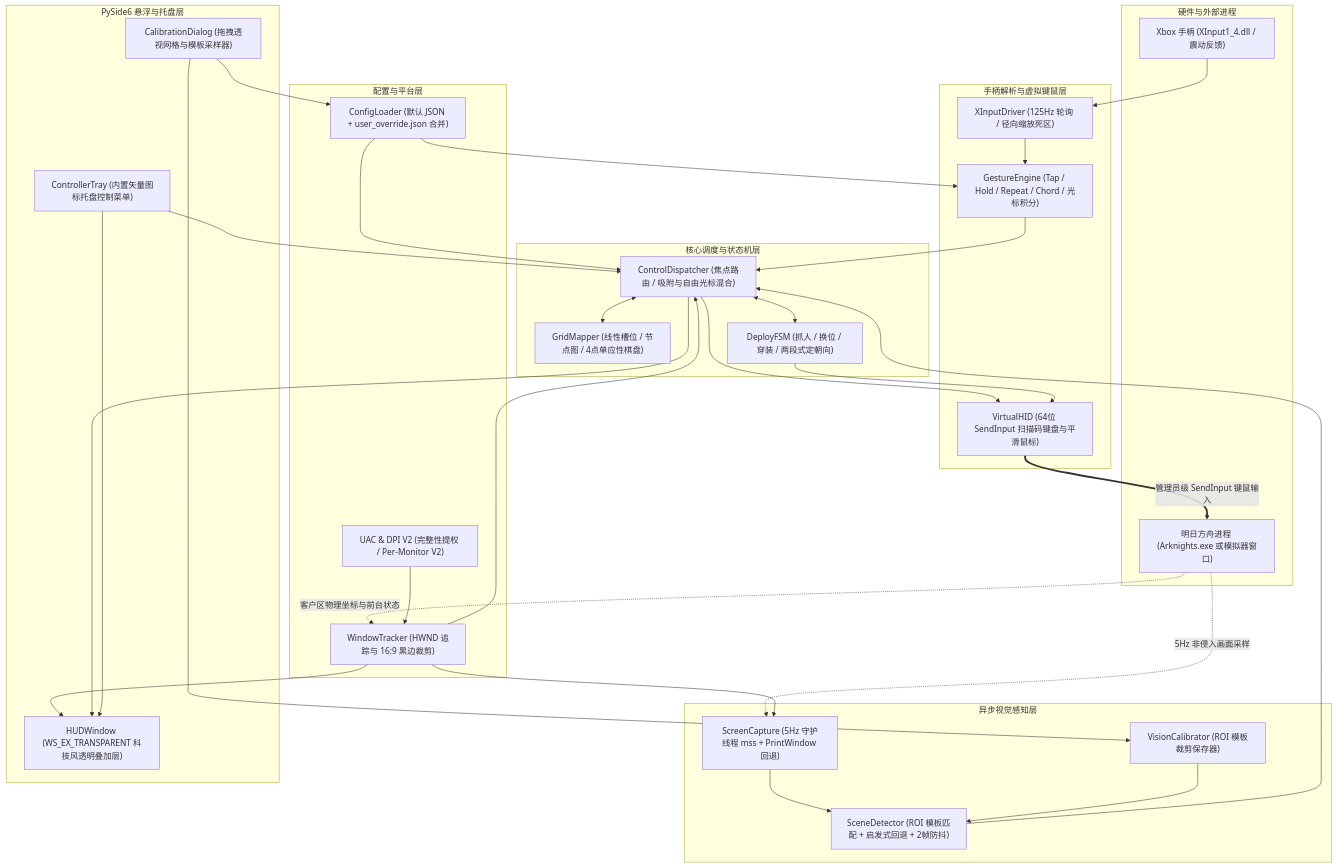
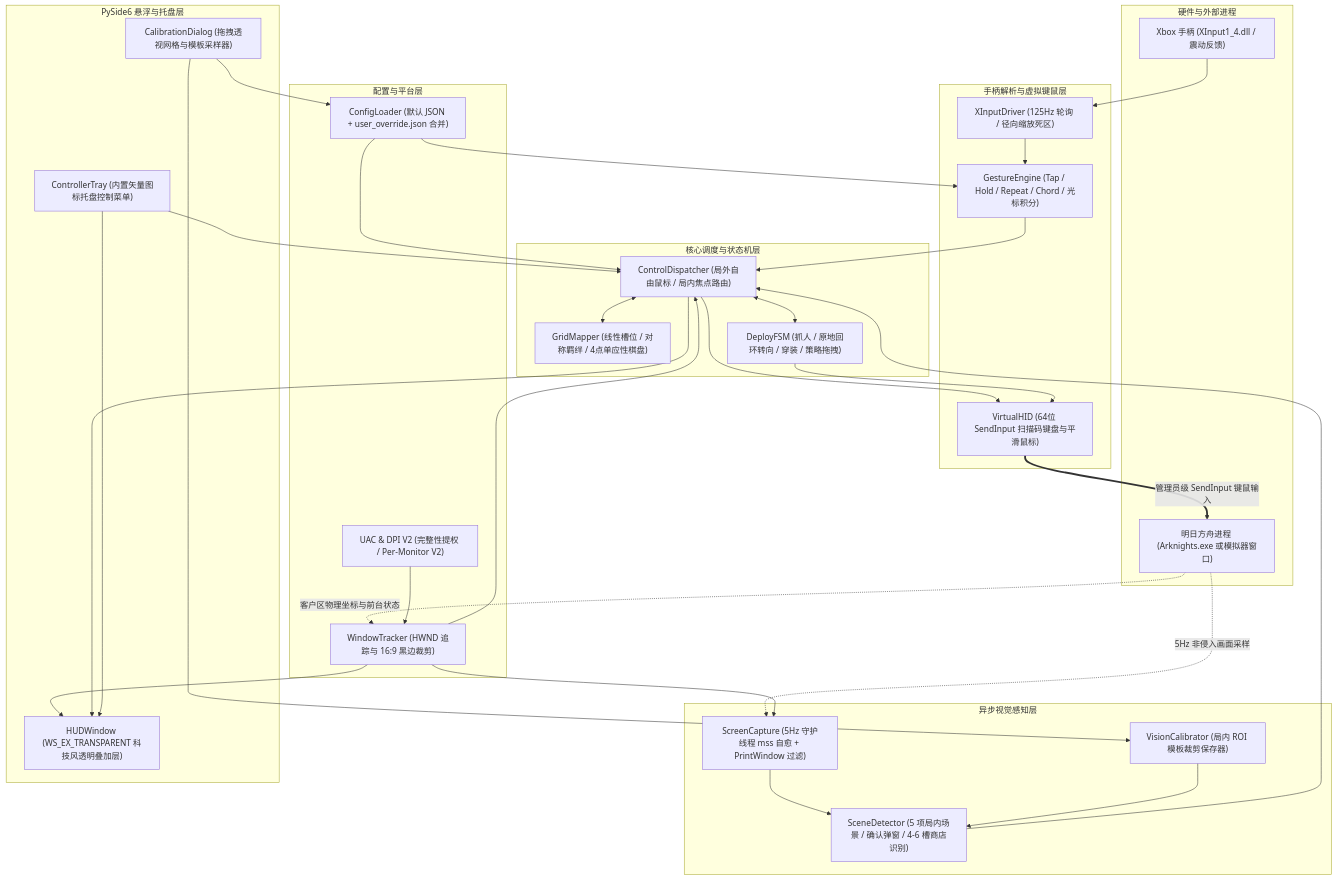
One commit to MUXI-hub/arkcontroller changed the first of 2 diagrams in docs/architecture.md. Above: the diagram before and after it, drawn with Mermaid. The commit also changed other lines of this file and 5 other files, not shown here.

````diff
--- a/docs/architecture.md
+++ b/docs/architecture.md
@@ -11,62 +11,62 @@
 ```mermaid
 flowchart TD
     subgraph Hardware["硬件与外部进程"]
         GP["Xbox 手柄 (XInput1_4.dll / 震动反馈)"]
         GAME["明日方舟进程 (Arknights.exe 或模拟器窗口)"]
     end
 
     subgraph PlatformConfig["配置与平台层"]
         CFG["ConfigLoader (默认 JSON + user_override.json 合并)"]
         UAC["UAC & DPI V2 (完整性提权 / Per-Monitor V2)"]
         WT["WindowTracker (HWND 追踪与 16:9 黑边裁剪)"]
     end
 
     subgraph InputLayer["手柄解析与虚拟键鼠层"]
         XI["XInputDriver (125Hz 轮询 / 径向缩放死区)"]
         GE["GestureEngine (Tap / Hold / Repeat / Chord / 光标积分)"]
         HID["VirtualHID (64位 SendInput 扫描码键盘与平滑鼠标)"]
     end
 
     subgraph VisionLayer["异步视觉感知层"]
-        CAP["ScreenCapture (5Hz 守护线程 mss + PrintWindow 回退)"]
-        SD["SceneDetector (ROI 模板匹配 + 启发式回退 + 2帧防抖)"]
-        CAL["VisionCalibrator (ROI 模板裁剪保存器)"]
+        CAP["ScreenCapture (5Hz 守护线程 mss 自愈 + PrintWindow 过滤)"]
+        SD["SceneDetector (5 项局内场景 / 确认弹窗 / 4-6 槽商店识别)"]
+        CAL["VisionCalibrator (局内 ROI 模板裁剪保存器)"]
     end
 
     subgraph ControlLayer["核心调度与状态机层"]
-        GM["GridMapper (线性槽位 / 节点图 / 4点单应性棋盘)"]
-        DFSM["DeployFSM (抓人 / 换位 / 穿装 / 两段式定朝向)"]
-        DISP["ControlDispatcher (焦点路由 / 吸附与自由光标混合)"]
+        GM["GridMapper (线性槽位 / 对称羁绊 / 4点单应性棋盘)"]
+        DFSM["DeployFSM (抓人 / 原地回环转向 / 穿装 / 策略拖拽)"]
+        DISP["ControlDispatcher (局外自由鼠标 / 局内焦点路由)"]
     end
 
     subgraph OverlayLayer["PySide6 悬浮与托盘层"]
         HUD["HUDWindow (WS_EX_TRANSPARENT 科技风透明叠加层)"]
         CALUI["CalibrationDialog (拖拽透视网格与模板采样器)"]
         TRAY["ControllerTray (内置矢量图标托盘控制菜单)"]
     end
 
     GP --> XI
     XI --> GE
     GAME -. "客户区物理坐标与前台状态" .-> WT
     GAME -. "5Hz 非侵入画面采样" .-> CAP
     CFG --> GE
     CFG --> DISP
     UAC --> WT
     WT --> CAP
     WT --> DISP
     WT --> HUD
     CAP --> SD
     SD --> DISP
     GE --> DISP
     DISP <--> GM
     DISP <--> DFSM
     DISP --> HID
     DFSM --> HID
     HID == "管理员级 SendInput 键鼠输入" ==> GAME
     DISP --> HUD
     CALUI --> CAL
     CAL --> SD
     CALUI --> CFG
     TRAY --> DISP
     TRAY --> HUD
 ```
````
